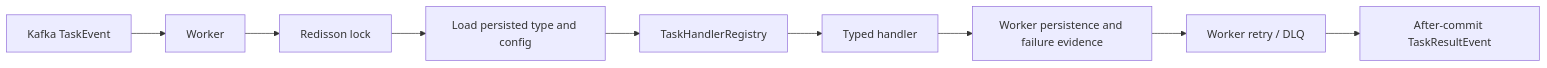
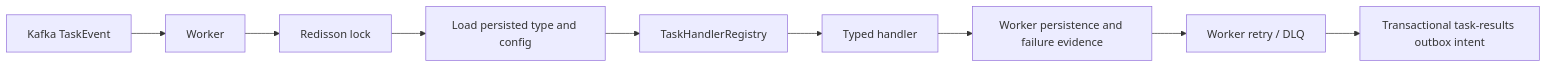
One commit to tarunkishore2303/conductor changed the tenth of 11 diagrams in README.md. Above: the diagram before and after it, drawn with Mermaid. The commit also changed other lines of this file and 65 other files, not shown here.

````diff
--- a/README.md
+++ b/README.md
@@ -651,11 +729,11 @@
 ```mermaid
 flowchart LR
     Event[Kafka TaskEvent] --> Worker
     Worker --> Lock[Redisson lock]
     Lock --> Definition[Load persisted type and config]
     Definition --> Registry[TaskHandlerRegistry]
     Registry --> Handler[Typed handler]
     Handler --> Evidence[Worker persistence and failure evidence]
     Evidence --> Retry[Worker retry / DLQ]
-    Retry --> Result[After-commit TaskResultEvent]
+    Retry --> Result[Transactional task-results outbox intent]
 ```
````
